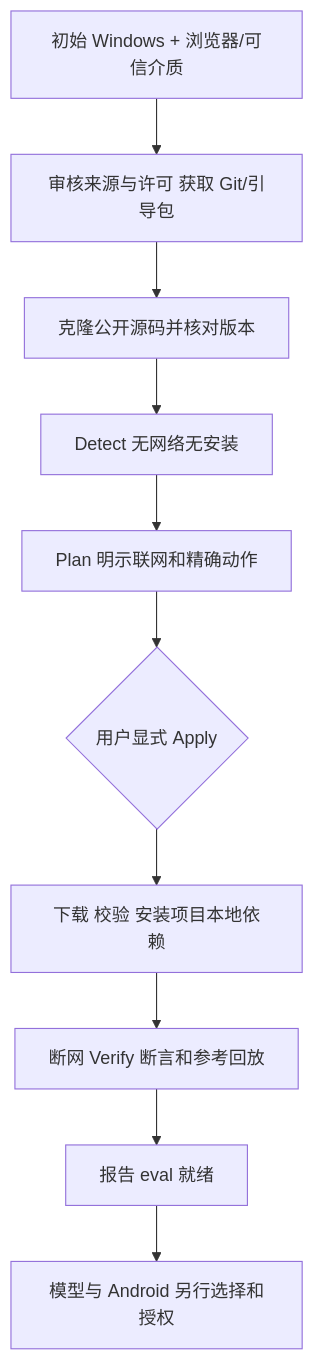
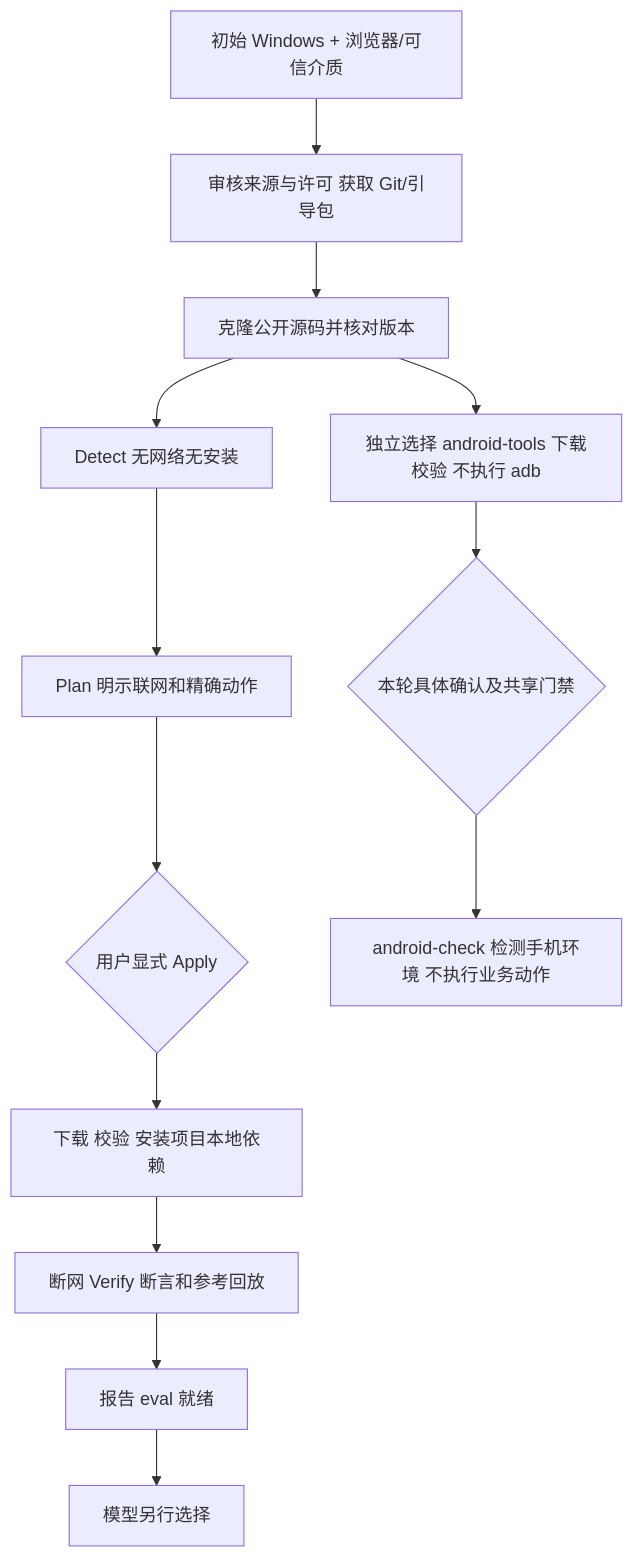
Before and after one commit to bin448482/job-application-openagent: the diagram in docs/求职自动化_新环境自动化部署方案_20261123.md, drawn with Mermaid. The commit also changed other lines of this file and 3 other files, not shown here.

````diff
--- a/docs/求职自动化_新环境自动化部署方案_20261123.md
+++ b/docs/求职自动化_新环境自动化部署方案_20261123.md
@@ -87,12 +96,15 @@
 ```mermaid
 flowchart TD
   A[初始 Windows + 浏览器/可信介质] --> B[审核来源与许可 获取 Git/引导包]
   B --> C[克隆公开源码并核对版本]
   C --> D[Detect 无网络无安装]
   D --> E[Plan 明示联网和精确动作]
   E --> F{用户显式 Apply}
   F --> G[下载 校验 安装项目本地依赖]
   G --> H[断网 Verify 断言和参考回放]
   H --> I[报告 eval 就绪]
-  I --> J[模型与 Android 另行选择和授权]
+  I --> J[模型另行选择]
+  C --> K[独立选择 android-tools 下载校验 不执行 adb]
+  K --> L{本轮具体确认及共享门禁}
+  L --> M[android-check 检测手机环境 不执行业务动作]
 ```
````
